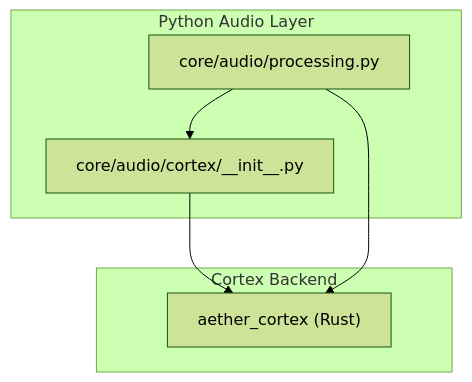
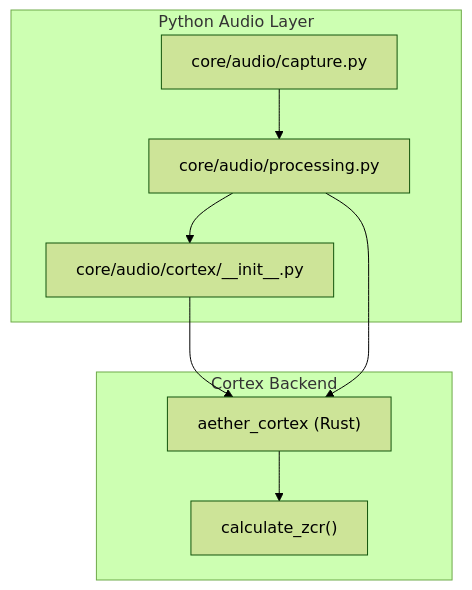
The tenth of 10 diagrams in .qoder/repowiki/en/content/Audio Processing System/Cortex Rust Audio Processing Core/Cortex Rust Audio Processing Core.md (Moeabdelaziz007/Aether-Voice-OS), drawn with Mermaid (forest theme) before and after one commit. The commit also changed other lines of this file and 29 other files, not shown here.

````diff
--- a/.qoder/repowiki/en/content/Audio Processing System/Cortex Rust Audio Processing Core/Cortex Rust Audio Processing Core.md
+++ b/.qoder/repowiki/en/content/Audio Processing System/Cortex Rust Audio Processing Core/Cortex Rust Audio Processing Core.md
@@ -330,13 +389,17 @@
 ```mermaid
 graph TB
 subgraph "Python Audio Layer"
 WRAP["core/audio/cortex/__init__.py"]
 PIPE["core/audio/processing.py"]
+ANALYZER["core/audio/capture.py"]
 end
 subgraph "Cortex Backend"
 MOD["aether_cortex (Rust)"]
+ZCR["calculate_zcr()"]
 end
 WRAP --> MOD
 PIPE --> WRAP
 PIPE --> MOD
+ANALYZER --> PIPE
+MOD --> ZCR
 ```
````
